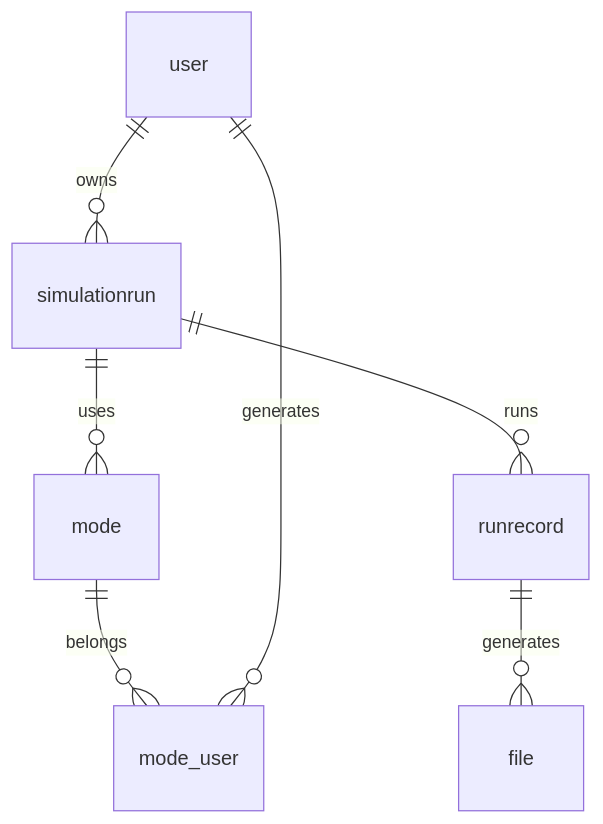
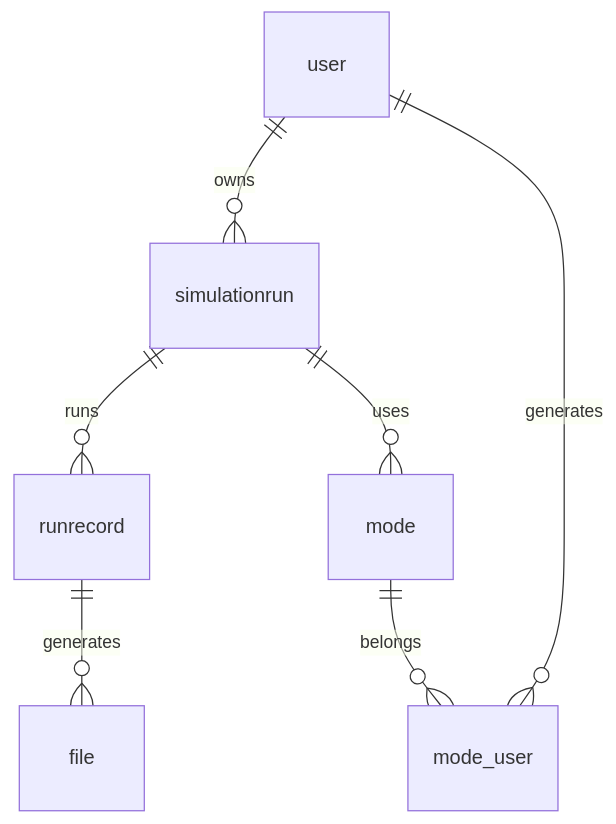
The third of 3 diagrams in CONTRIBUTE.md (lt-shy-john/simulator-project), drawn with Mermaid before and after one commit. The commit also changed other lines of this file, not shown here.

Commit message:
Update the diagrams

````diff
--- a/CONTRIBUTE.md
+++ b/CONTRIBUTE.md
@@ -142,9 +163,9 @@
 ```mermaid
 erDiagram
-    simulationrun ||--o{ mode : uses
     simulationrun ||--o{ runrecord : runs
     runrecord ||--o{ file : generates
+    simulationrun ||--o{ mode : uses
     user ||--o{ simulationrun : owns
     mode ||--o{ mode_user : belongs
     user ||--o{ mode_user : generates
 ```
````
